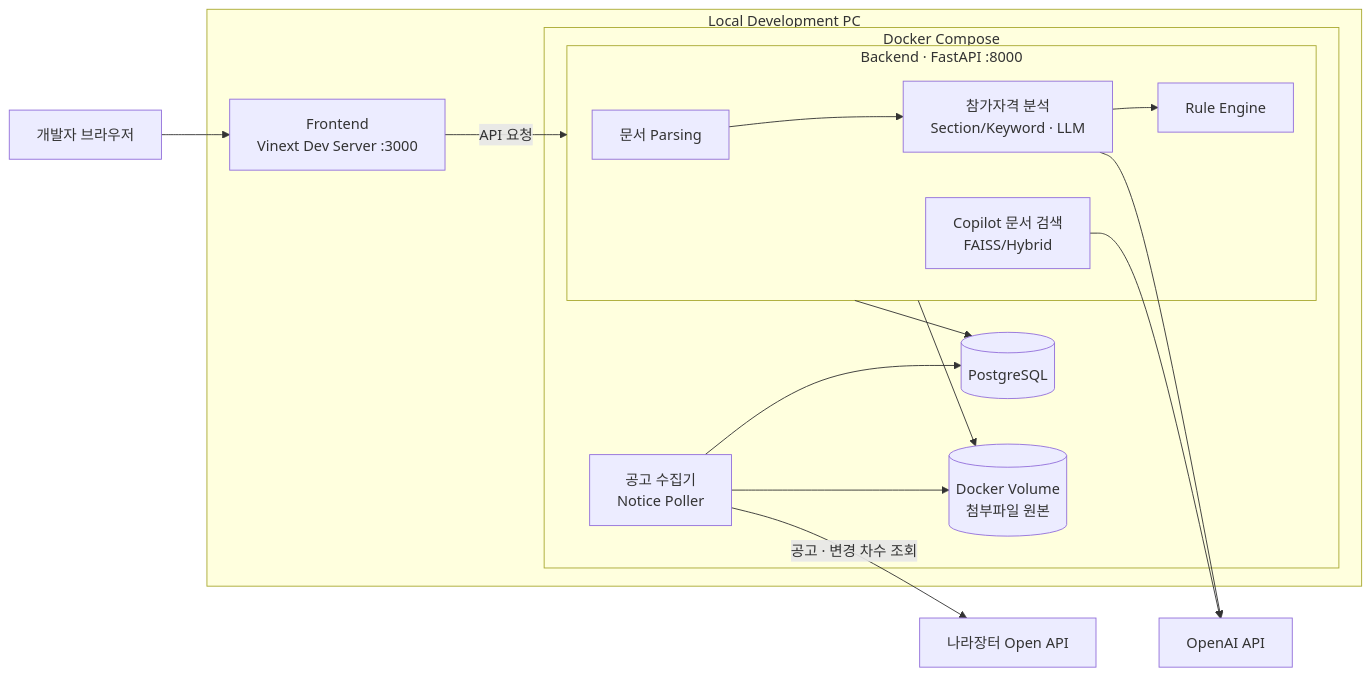
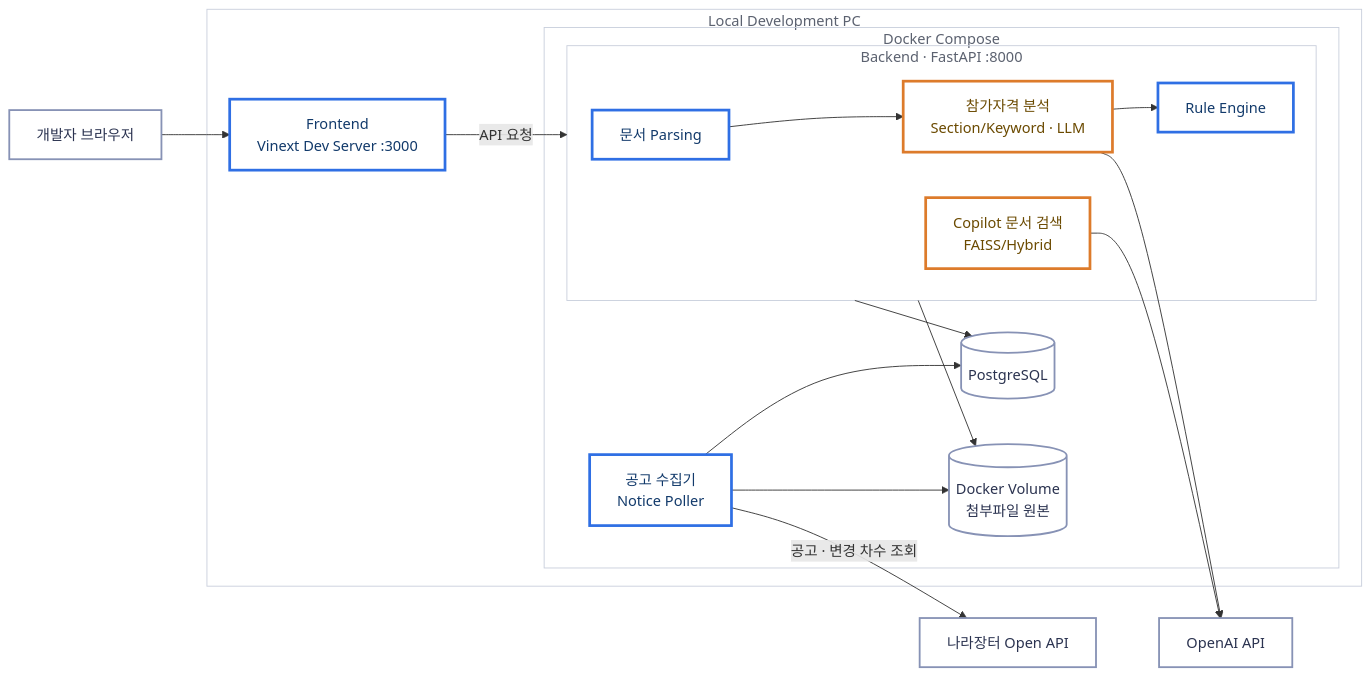
Before and after one commit to SKNETWORKS-FAMILY-AICAMP/SKN34-3rd-4Team: the eighth of 10 diagrams in README.md, drawn with Mermaid. The commit also changed other lines of this file and 2 other files, not shown here.

Commit message:
docs: 이용안내·회사 프로필 캡처 추가, Mermaid 색 팔레트 통일

````diff
--- a/README.md
+++ b/README.md
@@ -513,38 +564,51 @@
 ```mermaid
 flowchart LR
     USER[개발자 브라우저]
     G2B[나라장터 Open API]
     OPENAI[OpenAI API]
 
     subgraph LOCAL[Local Development PC]
         WEB[Frontend<br/>Vinext Dev Server :3000]
 
         subgraph DOCKER[Docker Compose]
             POLLER[공고 수집기<br/>Notice Poller]
             DB[(PostgreSQL)]
             STORAGE[(Docker Volume<br/>첨부파일 원본)]
 
             subgraph BACKEND[Backend · FastAPI :8000]
                 PARSER[문서 Parsing]
                 EXTRACTION[참가자격 분석<br/>Section/Keyword · LLM]
                 RULE[Rule Engine]
                 COPILOT[Copilot 문서 검색<br/>FAISS/Hybrid]
             end
         end
     end
 
     USER --> WEB
     WEB -->|API 요청| BACKEND
 
     POLLER -->|공고 · 변경 차수 조회| G2B
     POLLER --> DB
     POLLER --> STORAGE
 
     BACKEND --> DB
     BACKEND --> STORAGE
 
     PARSER --> EXTRACTION
     EXTRACTION --> RULE
     EXTRACTION --> OPENAI
     COPILOT --> OPENAI
+
+    classDef core  fill:none,stroke:#2F6FE4,stroke-width:3px,color:#123A6B
+    classDef llm   fill:none,stroke:#DD7B2B,stroke-width:3px,color:#6B4A00
+    classDef safe  fill:none,stroke:#2E9E4F,stroke-width:2.5px,color:#0F4F39
+    classDef src   fill:none,stroke:#8792B5,stroke-width:2px,color:#2B3350
+    classDef plain fill:none,stroke:#B9BCCB,stroke-width:1.5px,color:#2B3350
+    classDef zone  fill:none,stroke:#C9CFDC,stroke-width:1px,color:#5C6270
+
+    class USER,G2B,OPENAI src
+    class WEB,POLLER,PARSER,RULE core
+    class EXTRACTION,COPILOT llm
+    class DB,STORAGE src
+    class LOCAL,DOCKER,BACKEND zone
 ```
````
